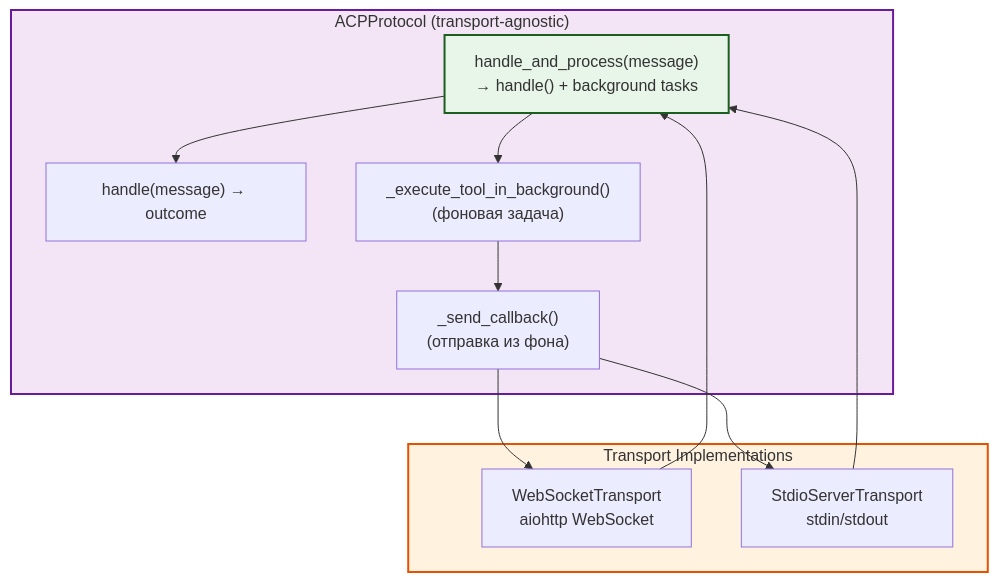
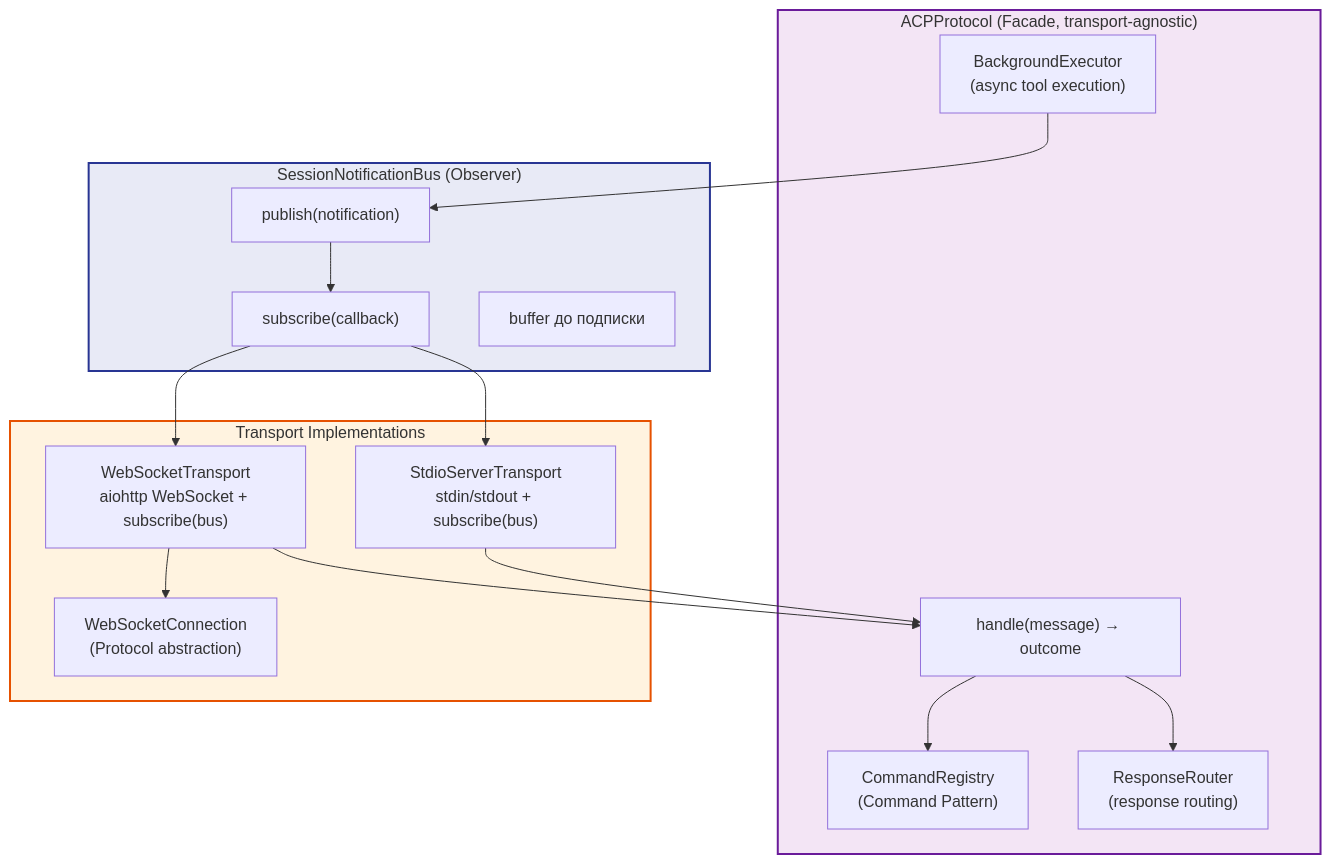
One commit to pese-git/codelab-agent changed diagram 17 of 21 in doc/internals/architecture/ARCHITECTURE.md. Above: the diagram before and after it, drawn with Mermaid. The commit also changed other lines of this file and 7 other files, not shown here.

````diff
--- a/doc/internals/architecture/ARCHITECTURE.md
+++ b/doc/internals/architecture/ARCHITECTURE.md
@@ -1066,26 +1220,35 @@
 ```mermaid
 graph TB
-    subgraph Protocol["ACPProtocol (transport-agnostic)"]
+    subgraph Protocol["ACPProtocol (Facade, transport-agnostic)"]
         Handle["handle(message) → outcome"]
-        HandleAndProcess["handle_and_process(message)\n→ handle() + background tasks"]
-        BackgroundTool["_execute_tool_in_background()\n(фоновая задача)"]
-        SendCallback["_send_callback()\n(отправка из фона)"]
+        CmdReg["CommandRegistry<br/>(Command Pattern)"]
+        RespRouter["ResponseRouter<br/>(response routing)"]
+        BgExec["BackgroundExecutor<br/>(async tool execution)"]
+    end
+    
+    subgraph NotifBus["SessionNotificationBus (Observer)"]
+        Publish["publish(notification)"]
+        Subscribe["subscribe(callback)"]
+        Buffer["buffer до подписки"]
     end
     
     subgraph Transports["Transport Implementations"]
-        WS["WebSocketTransport\naiohttp WebSocket"]
-        STDIO["StdioServerTransport\nstdin/stdout"]
+        WSConn["WebSocketConnection<br/>(Protocol abstraction)"]
+        WS["WebSocketTransport<br/>aiohttp WebSocket + subscribe(bus)"]
+        STDIO["StdioServerTransport<br/>stdin/stdout + subscribe(bus)"]
     end
     
-    WS --> HandleAndProcess
-    STDIO --> HandleAndProcess
-    HandleAndProcess --> Handle
-    HandleAndProcess --> BackgroundTool
-    BackgroundTool --> SendCallback
-    SendCallback --> WS
-    SendCallback --> STDIO
+    WS --> Handle
+    STDIO --> Handle
+    Handle --> CmdReg
+    Handle --> RespRouter
+    BgExec --> Publish
+    Publish --> Subscribe
+    Subscribe --> WS
+    Subscribe --> STDIO
+    WS --> WSConn
     
     style Protocol fill:#f3e5f5,stroke:#6a1b9a,stroke-width:2px
+    style NotifBus fill:#e8eaf6,stroke:#283593,stroke-width:2px
     style Transports fill:#fff3e0,stroke:#e65100,stroke-width:2px
-    style HandleAndProcess fill:#e8f5e9,stroke:#1b5e20,stroke-width:2px
 ```
````
